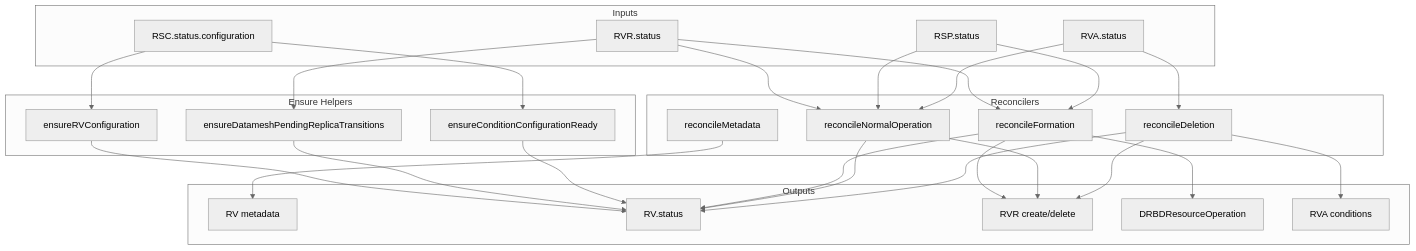
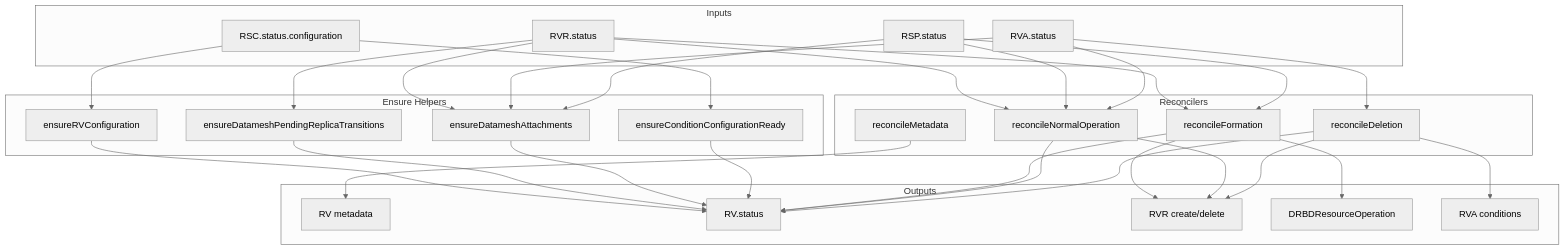
Before and after one commit to deckhouse/sds-replicated-volume: the second of 12 diagrams in images/controller/internal/controllers/rv_controller/README.md, drawn with Mermaid (neutral theme). The commit also changed other lines of this file and 17 other files, not shown here.

````diff
--- a/images/controller/internal/controllers/rv_controller/README.md
+++ b/images/controller/internal/controllers/rv_controller/README.md
@@ -258,53 +300,58 @@
 ```mermaid
 flowchart TD
     subgraph inputs [Inputs]
         RSCStatus[RSC.status.configuration]
         RSP[RSP.status]
         RVRStatus[RVR.status]
         RVAStatus[RVA.status]
     end
 
     subgraph reconcilers [Reconcilers]
         ReconcileMeta[reconcileMetadata]
         ReconcileFormation[reconcileFormation]
         ReconcileNormalOp[reconcileNormalOperation]
         ReconcileDeletion[reconcileDeletion]
     end
 
     subgraph ensures [Ensure Helpers]
         EnsureConfig[ensureRVConfiguration]
         EnsurePending[ensureDatameshPendingReplicaTransitions]
+        EnsureAttachments[ensureDatameshAttachments]
         EnsureCondConfig[ensureConditionConfigurationReady]
     end
 
     subgraph outputs [Outputs]
         RVMeta[RV metadata]
         RVStatus[RV.status]
         RVRManaged[RVR create/delete]
         DRBDROp[DRBDResourceOperation]
         RVAConditions[RVA conditions]
     end
 
     RSCStatus --> EnsureConfig
     RSCStatus --> EnsureCondConfig
     RVRStatus --> EnsurePending
     RVRStatus --> ReconcileFormation
     RSP --> ReconcileFormation
     RVRStatus --> ReconcileNormalOp
     RSP --> ReconcileNormalOp
     RVAStatus --> ReconcileNormalOp
     RVAStatus --> ReconcileDeletion
+    RVRStatus --> EnsureAttachments
+    RVAStatus --> EnsureAttachments
+    RSP --> EnsureAttachments
 
     ReconcileMeta --> RVMeta
     EnsureConfig --> RVStatus
     EnsurePending --> RVStatus
+    EnsureAttachments --> RVStatus
     EnsureCondConfig --> RVStatus
     ReconcileFormation --> RVStatus
     ReconcileFormation --> RVRManaged
     ReconcileFormation --> DRBDROp
     ReconcileNormalOp --> RVStatus
     ReconcileNormalOp --> RVRManaged
     ReconcileDeletion --> RVAConditions
     ReconcileDeletion --> RVRManaged
     ReconcileDeletion --> RVStatus
 ```
````
